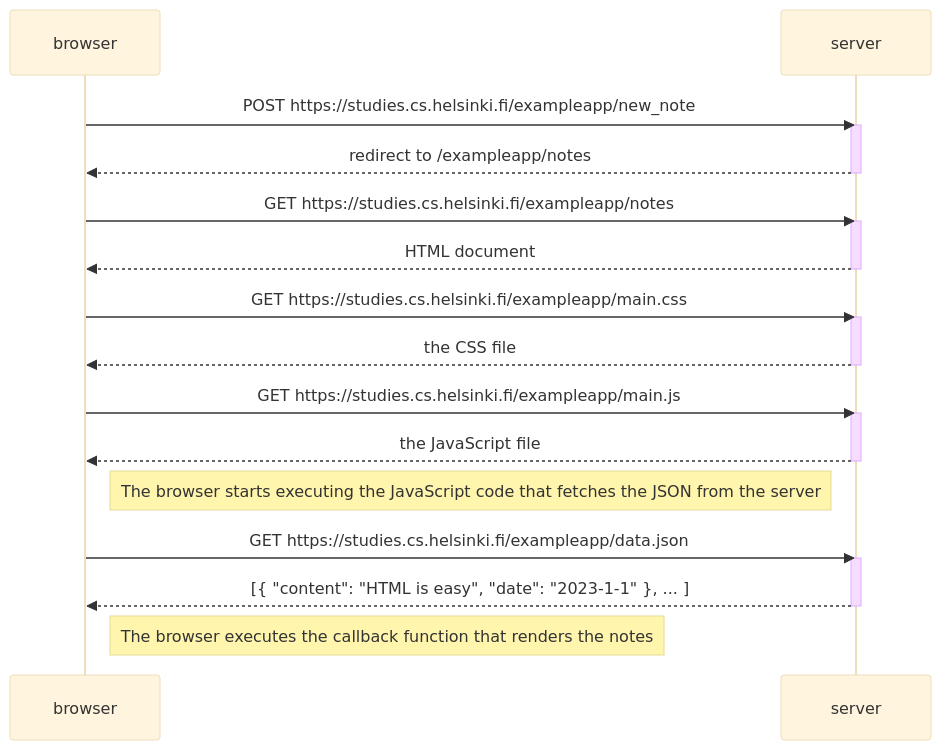
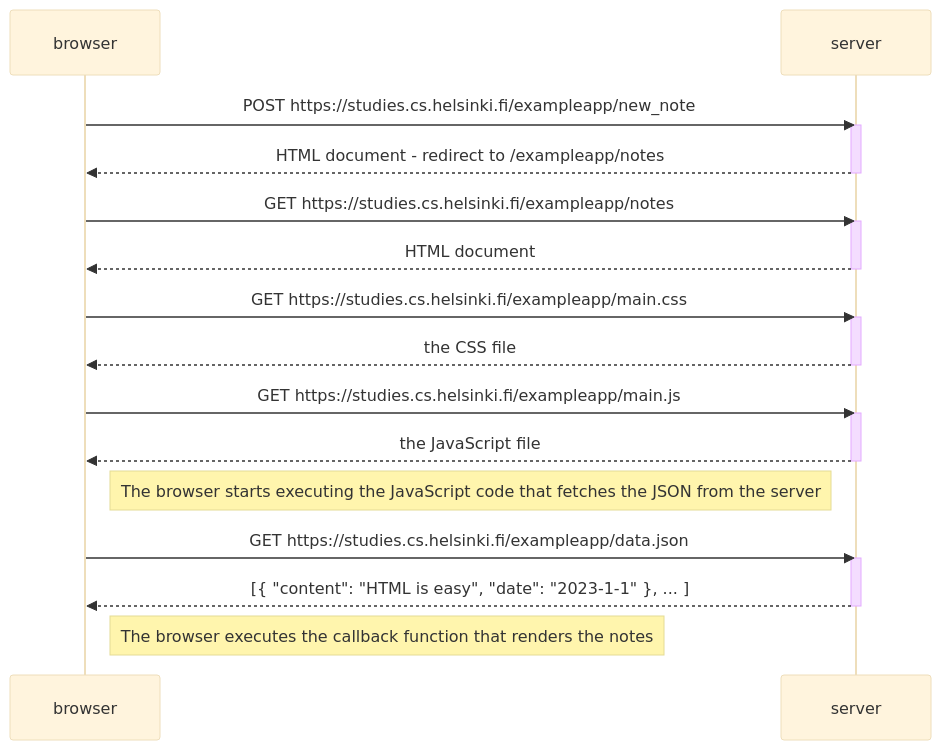
Before and after one commit to ada-only-one-ada/full-stack-open: the diagram in part0/4-new-note-diagram.md, drawn with Mermaid (base theme).

````diff
--- a/part0/4-new-note-diagram.md
+++ b/part0/4-new-note-diagram.md
@@ -1,35 +1,35 @@
 ```mermaid
 sequenceDiagram
     participant browser
     participant server
 
     browser->>server: POST https://studies.cs.helsinki.fi/exampleapp/new_note
     activate server
-    server-->>browser: redirect to /exampleapp/notes
+    server-->>browser: HTML document - redirect to /exampleapp/notes
     deactivate server
 
     browser->>server: GET https://studies.cs.helsinki.fi/exampleapp/notes
     activate server
     server-->>browser: HTML document
     deactivate server
 
     browser->>server: GET https://studies.cs.helsinki.fi/exampleapp/main.css
     activate server
     server-->>browser: the CSS file
     deactivate server
 
     browser->>server: GET https://studies.cs.helsinki.fi/exampleapp/main.js
     activate server
     server-->>browser: the JavaScript file
     deactivate server
 
     Note right of browser: The browser starts executing the JavaScript code that fetches the JSON from the server
 
     browser->>server: GET https://studies.cs.helsinki.fi/exampleapp/data.json
     activate server
     server-->>browser: [{ "content": "HTML is easy", "date": "2023-1-1" }, ... ]
     deactivate server
 
     Note right of browser: The browser executes the callback function that renders the notes
     
 ```
````
